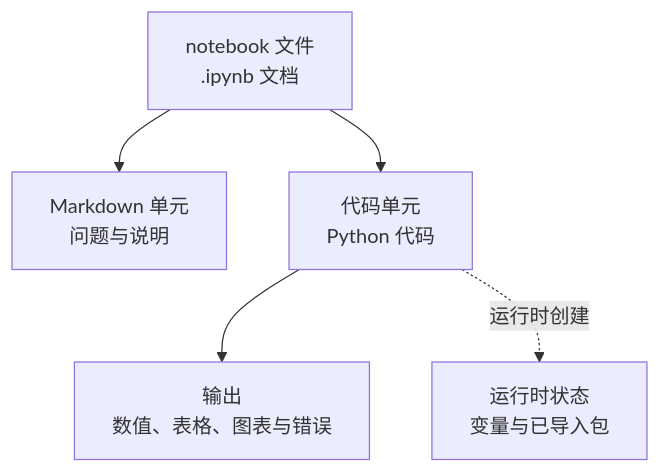
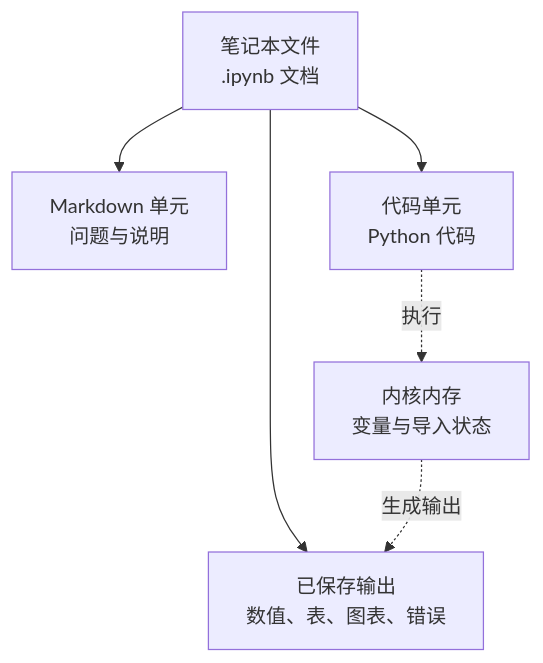
Before and after one commit to devchan64/AiBook: the diagram in docs/assets/part-02/chapter-10/notebook-structure-flow-zh.mmd, drawn with Mermaid. The commit also changed 28 other files, not shown here.

Commit message:
docs: reinforce P2-10 notebooks and require Mermaid for suitable diagrams

```diff
--- a/docs/assets/part-02/chapter-10/notebook-structure-flow-zh.mmd
+++ b/docs/assets/part-02/chapter-10/notebook-structure-flow-zh.mmd
@@ -1,11 +1,11 @@
 flowchart TB
-  A["notebook 文件<br/>.ipynb 文档"]
+  A["笔记本文件<br/>.ipynb 文档"]
   B["Markdown 单元<br/>问题与说明"]
   C["代码单元<br/>Python 代码"]
-  D["输出<br/>数值、表格、图表与错误"]
-  E["运行时状态<br/>变量与已导入包"]
-
+  D["已保存输出<br/>数值、表、图表、错误"]
+  E["内核内存<br/>变量与导入状态"]
   A --> B
   A --> C
-  C --> D
-  C -. "运行时创建" .-> E
+  A --> D
+  C -. "执行" .-> E
+  E -. "生成输出" .-> D
```
